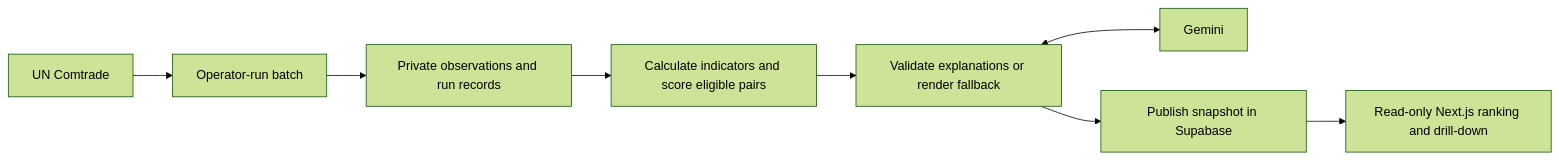
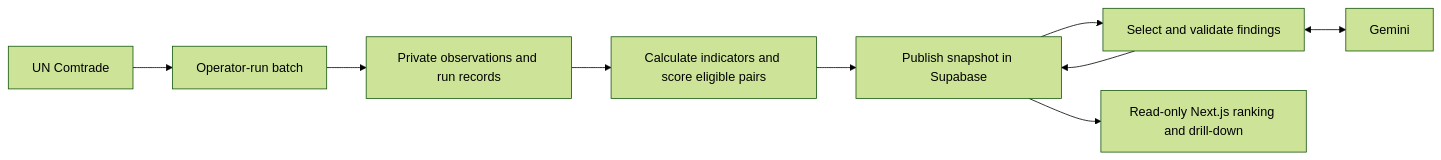
One commit to Vinsxt/automate-trade-news changed the diagram in docs/architecture.md. Above: the diagram before and after it, drawn with Mermaid (forest theme). The commit also changed other lines of this file and 2 other files, not shown here.

````diff
--- a/docs/architecture.md
+++ b/docs/architecture.md
@@ -8,10 +7,11 @@
 ```mermaid
 flowchart LR
     C[UN Comtrade] --> B[Operator-run batch]
     B --> R[Private observations and run records]
     R --> M[Calculate indicators and score eligible pairs]
-    M --> E[Validate explanations or render fallback]
+    M --> P[Publish snapshot in Supabase]
+    P --> E[Select and validate findings]
     E <--> G[Gemini]
-    E --> P[Publish snapshot in Supabase]
+    E --> P
     P --> W[Read-only Next.js ranking and drill-down]
 ```
````
